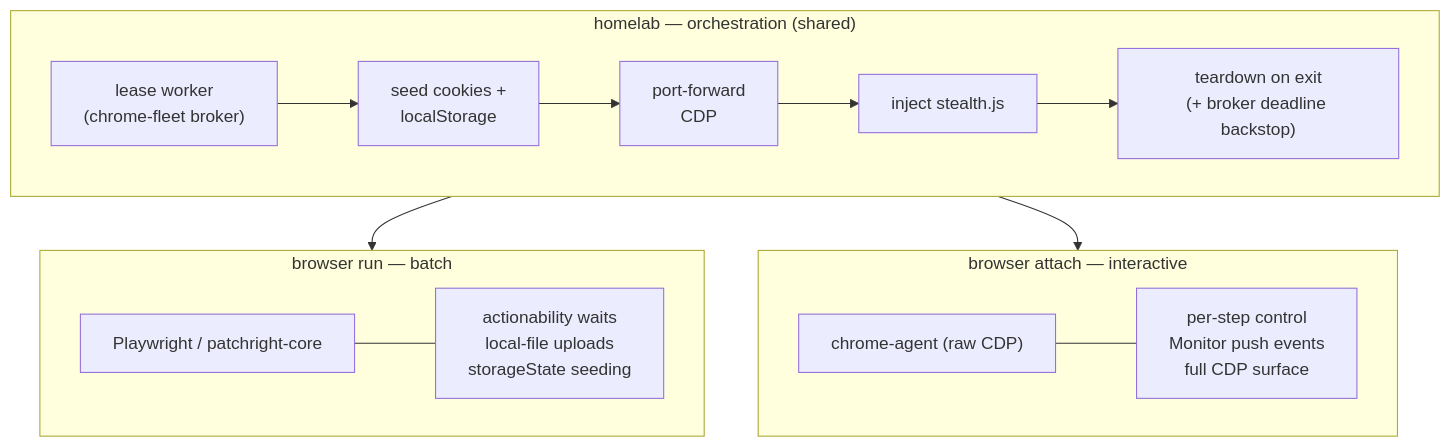
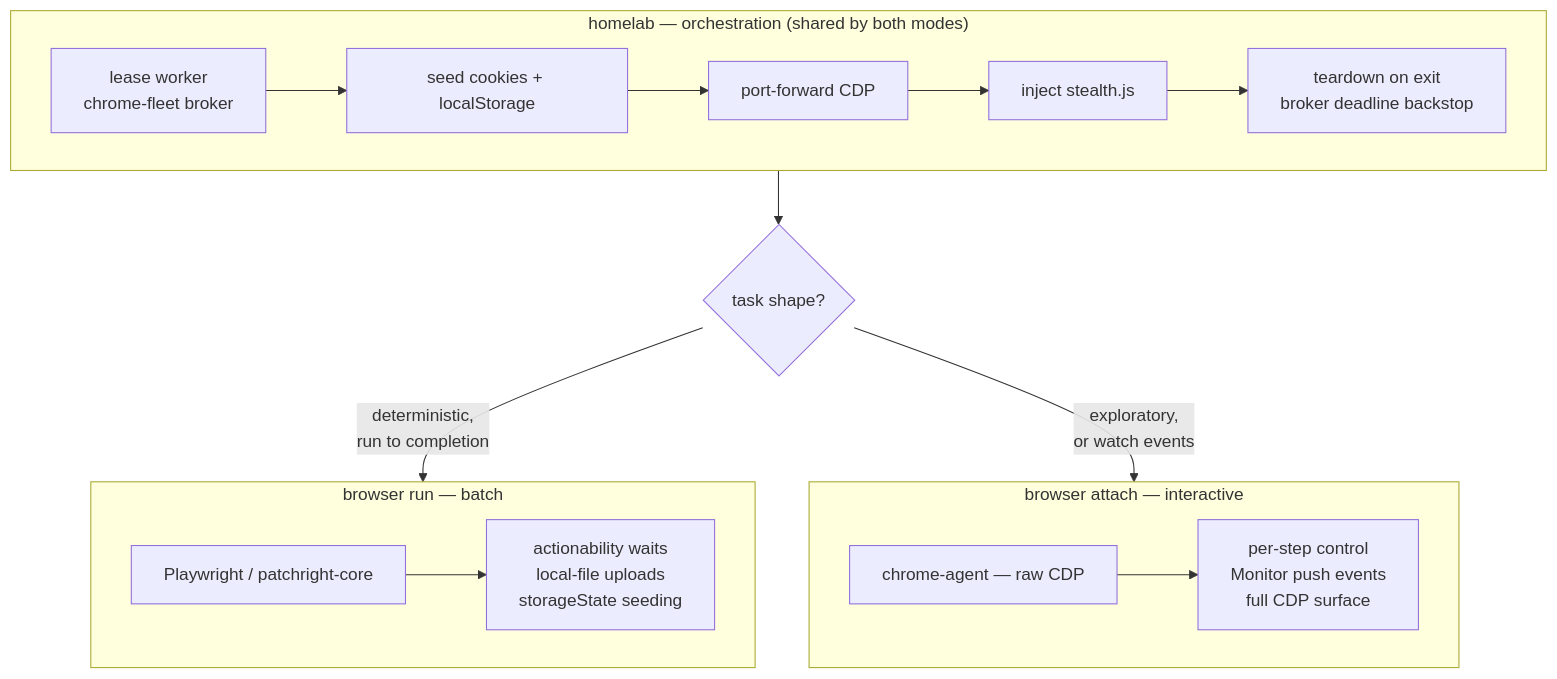
One commit to ViktorBarzin/infra changed the first of 2 diagrams in docs/plans/2026-08-20-browser-attach-interactive-headful-design.md. Above: the diagram before and after it, drawn with Mermaid. The commit also changed other lines of this file, not shown here.

First line of the commit message:
docs: tone pass + phone-friendly diagram on the browser-attach design

````diff
--- a/docs/plans/2026-08-20-browser-attach-interactive-headful-design.md
+++ b/docs/plans/2026-08-20-browser-attach-interactive-headful-design.md
@@ -120,25 +127,28 @@
 ```mermaid
-flowchart TB
-    subgraph ORCH["homelab — orchestration (shared)"]
-        direction LR
-        L["lease worker<br/>(chrome-fleet broker)"] --> S["seed cookies +<br/>localStorage"]
-        S --> P["port-forward<br/>CDP"]
-        P --> ST["inject stealth.js"]
-        ST --> T["teardown on exit<br/>(+ broker deadline backstop)"]
+flowchart TD
+    subgraph ORCH["homelab — orchestration (shared by both modes)"]
+        L["lease worker<br/>chrome-fleet broker"]
+        S["seed cookies + localStorage"]
+        P["port-forward CDP"]
+        ST["inject stealth.js"]
+        T["teardown on exit<br/>broker deadline backstop"]
+        L --> S --> P --> ST --> T
     end
 
-    ORCH --> RUN
-    ORCH --> ATT
+    ORCH --> Q{"task shape?"}
+
+    Q -->|"deterministic,<br/>run to completion"| RUN
+    Q -->|"exploratory,<br/>or watch events"| ATT
 
     subgraph RUN["browser run — batch"]
         R1["Playwright / patchright-core"]
         R2["actionability waits<br/>local-file uploads<br/>storageState seeding"]
-        R1 --- R2
+        R1 --> R2
     end
 
     subgraph ATT["browser attach — interactive"]
-        A1["chrome-agent (raw CDP)"]
+        A1["chrome-agent — raw CDP"]
         A2["per-step control<br/>Monitor push events<br/>full CDP surface"]
-        A1 --- A2
+        A1 --> A2
     end
 ```
````
